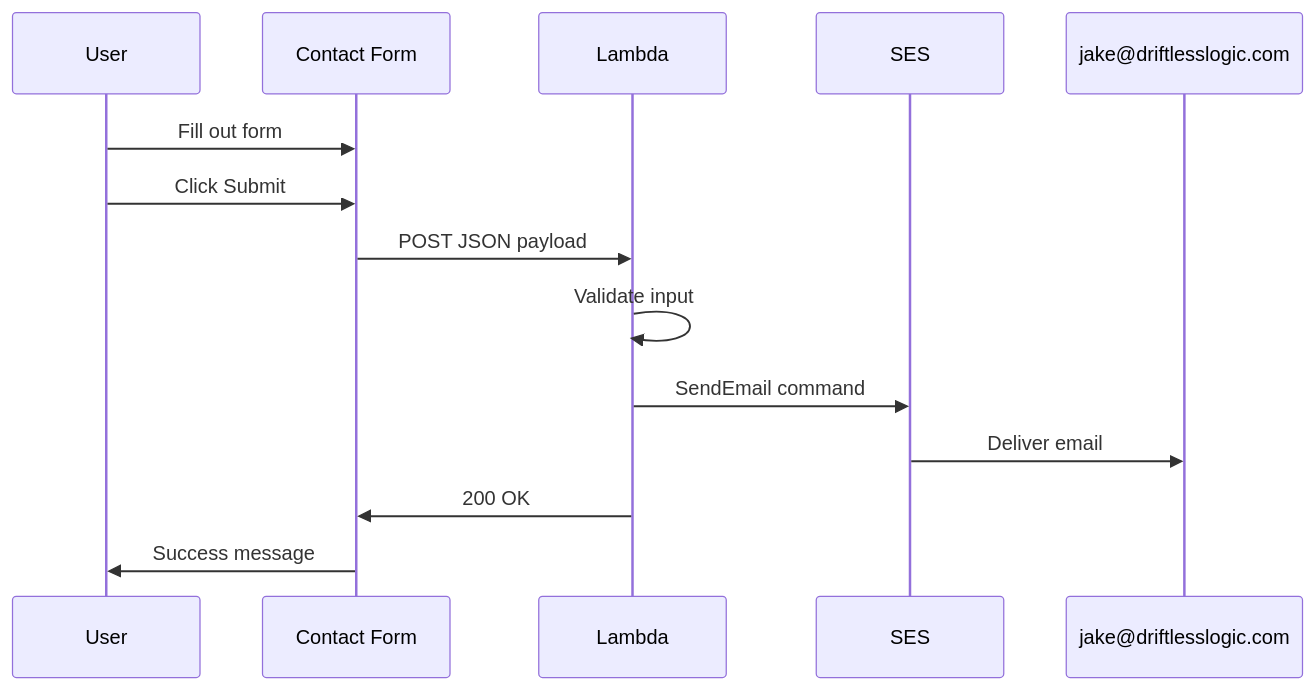
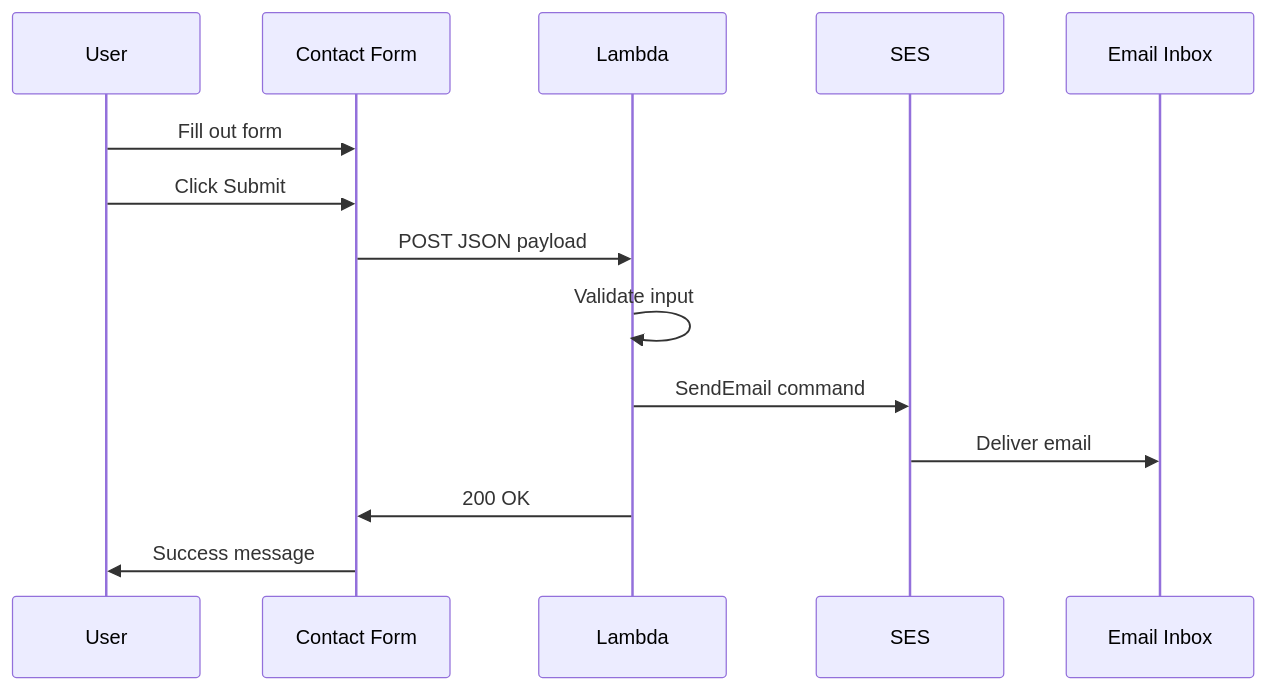
One commit to driftless-logic/website changed the second of 3 diagrams in arch/architecture.md. Above: the diagram before and after it, drawn with Mermaid. The commit also changed other lines of this file, not shown here.

First line of the commit message:
Fix Mermaid diagram syntax for GitHub rendering

````diff
--- a/arch/architecture.md
+++ b/arch/architecture.md
@@ -97,17 +97,17 @@
 ```mermaid
 sequenceDiagram
     participant User
     participant Form as Contact Form
     participant Lambda
     participant SES
-    participant Email as jake@driftlesslogic.com
+    participant Inbox as Email Inbox
 
     User->>Form: Fill out form
     User->>Form: Click Submit
     Form->>Lambda: POST JSON payload
     Lambda->>Lambda: Validate input
     Lambda->>SES: SendEmail command
-    SES->>Email: Deliver email
+    SES->>Inbox: Deliver email
     Lambda->>Form: 200 OK
     Form->>User: Success message
 ```
````
